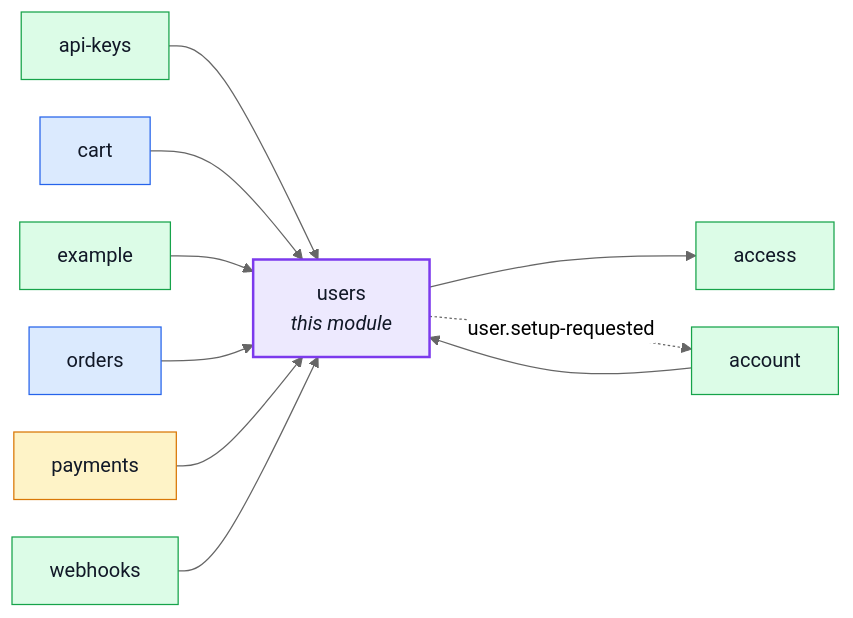
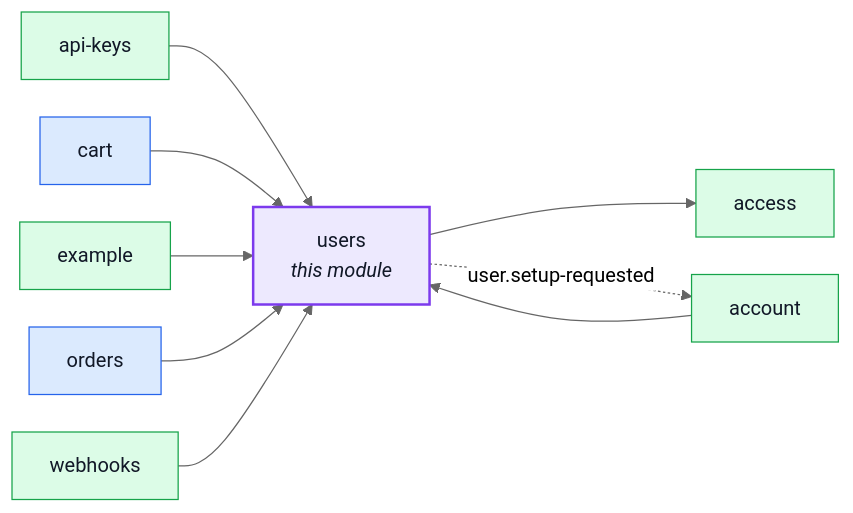
One commit to Guebbit/boilerplate-node-backend changed the diagram in docs/modules/users.md. Above: the diagram before and after it, drawn with Mermaid (neutral theme). The commit also changed 6 other files, not shown here.

First line of the commit message:
refactor(payments): drop the users dependency, the payer is the order's own userId

````diff
--- a/docs/modules/users.md
+++ b/docs/modules/users.md
@@ -16,32 +16,29 @@
 ```mermaid
 %%{init: {'flowchart': {'nodeSpacing': 30, 'rankSpacing': 60}}}%%
 flowchart LR
     users["users<br/><i>this module</i>"]
     access["access"]
     account["account"]
     api_keys["api-keys"]
     cart["cart"]
     example["example"]
     orders["orders"]
-    payments["payments"]
     webhooks["webhooks"]
 
     account --> users
     api_keys --> users
     cart --> users
     example --> users
     orders --> users
-    payments --> users
     webhooks --> users
     users --> access
     users -. "user.setup-requested" .-> account
 
     classDef core fill:#dbeafe,stroke:#2563eb,color:#111827;
     classDef supporting fill:#fef3c7,stroke:#d97706,color:#111827;
     classDef generic fill:#dcfce7,stroke:#16a34a,color:#111827;
     classDef centre fill:#ede9fe,stroke:#7c3aed,stroke-width:2px,color:#111827;
     class cart,orders core;
-    class payments supporting;
     class access,account,api_keys,example,webhooks generic;
     class users centre;
 ```
````
